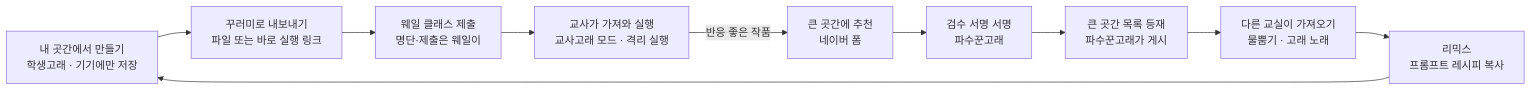
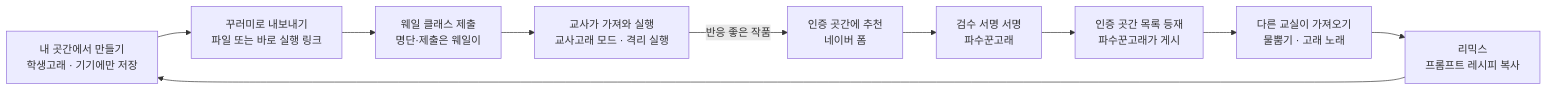
One commit to codersongpro/gorae changed the diagram in docs/PRD.md. Above: the diagram before and after it, drawn with Mermaid. The commit also changed other lines of this file and 38 other files, not shown here.

````diff
--- a/docs/PRD.md
+++ b/docs/PRD.md
@@ -129,12 +129,12 @@
 ```mermaid
 flowchart LR
   A["내 곳간에서 만들기<br/>학생고래 · 기기에만 저장"] --> B["꾸러미로 내보내기<br/>파일 또는 바로 실행 링크"]
   B --> C["웨일 클래스 제출<br/>명단·제출은 웨일이"]
   C --> D["교사가 가져와 실행<br/>교사고래 모드 · 격리 실행"]
-  D -- 반응 좋은 작품 --> E["큰 곳간에 추천<br/>네이버 폼"]
+  D -- 반응 좋은 작품 --> E["인증 곳간에 추천<br/>네이버 폼"]
   E --> F["검수 서명 서명<br/>파수꾼고래"]
-  F --> G["큰 곳간 목록 등재<br/>파수꾼고래가 게시"]
+  F --> G["인증 곳간 목록 등재<br/>파수꾼고래가 게시"]
   G --> H["다른 교실이 가져오기<br/>물뿜기 · 고래 노래"]
   H --> I["리믹스<br/>프롬프트 레시피 복사"]
   I --> A
 ```
````
